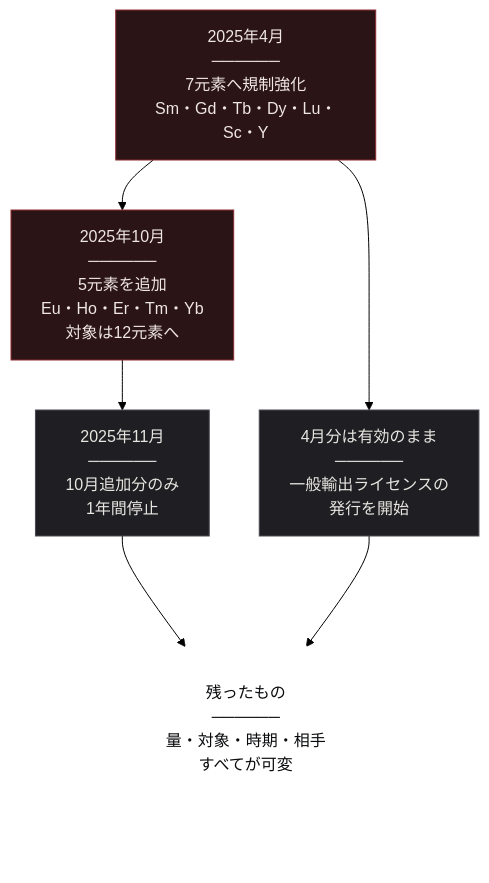
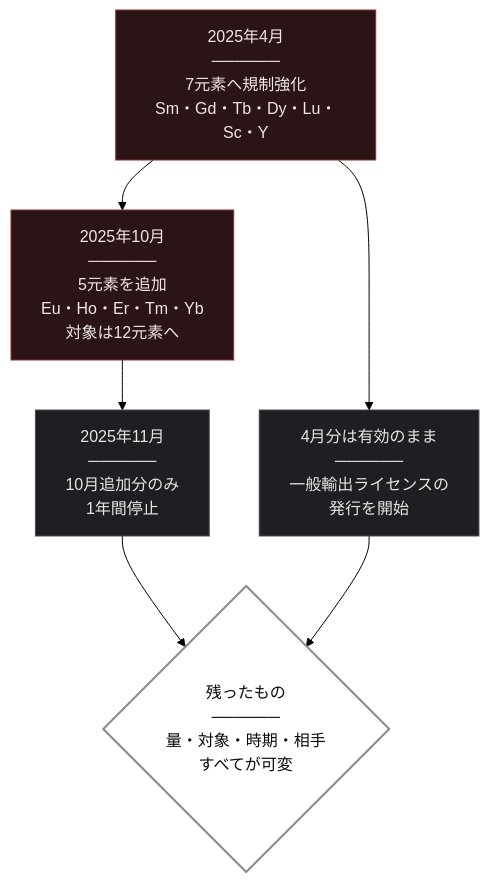
Before and after one commit to Leading-AI-IO/us-china-ai-competition: the second of 6 diagrams in docs/jp/us-china-ai-competition_JP.md, drawn with Mermaid (forest theme). The commit also changed other lines of this file, not shown here.

````diff
--- a/docs/jp/us-china-ai-competition_JP.md
+++ b/docs/jp/us-china-ai-competition_JP.md
@@ -293,14 +293,14 @@
 ```mermaid
 graph TD
     A["2025年4月<br/>──────<br/>7元素へ規制強化<br/>Sm・Gd・Tb・Dy・Lu・Sc・Y"] --> B["2025年10月<br/>──────<br/>5元素を追加<br/>Eu・Ho・Er・Tm・Yb<br/>対象は12元素へ"]
     B --> C["2025年11月<br/>──────<br/>10月追加分のみ<br/>1年間停止"]
     A --> D["4月分は有効のまま<br/>──────<br/>一般輸出ライセンスの<br/>発行を開始"]
     C --> E{"残ったもの<br/>──────<br/>量・対象・時期・相手<br/>すべてが可変"}
     D --> E
 
     style A fill:#2A1416,stroke:#8F2D33,color:#F0E6E4
     style B fill:#2A1416,stroke:#8F2D33,color:#F0E6E4
     style C fill:#1F1F23,stroke:#4A4A52,color:#E8E6E1
     style D fill:#1F1F23,stroke:#4A4A52,color:#E8E6E1
-    style E fill:#FFFFFF,stroke:#FFFFFF,color:#0A0B0D
+    style E fill:#FFFFFF,stroke:#8A8A90,stroke-width:2px,color:#0A0B0D
 ```
````
